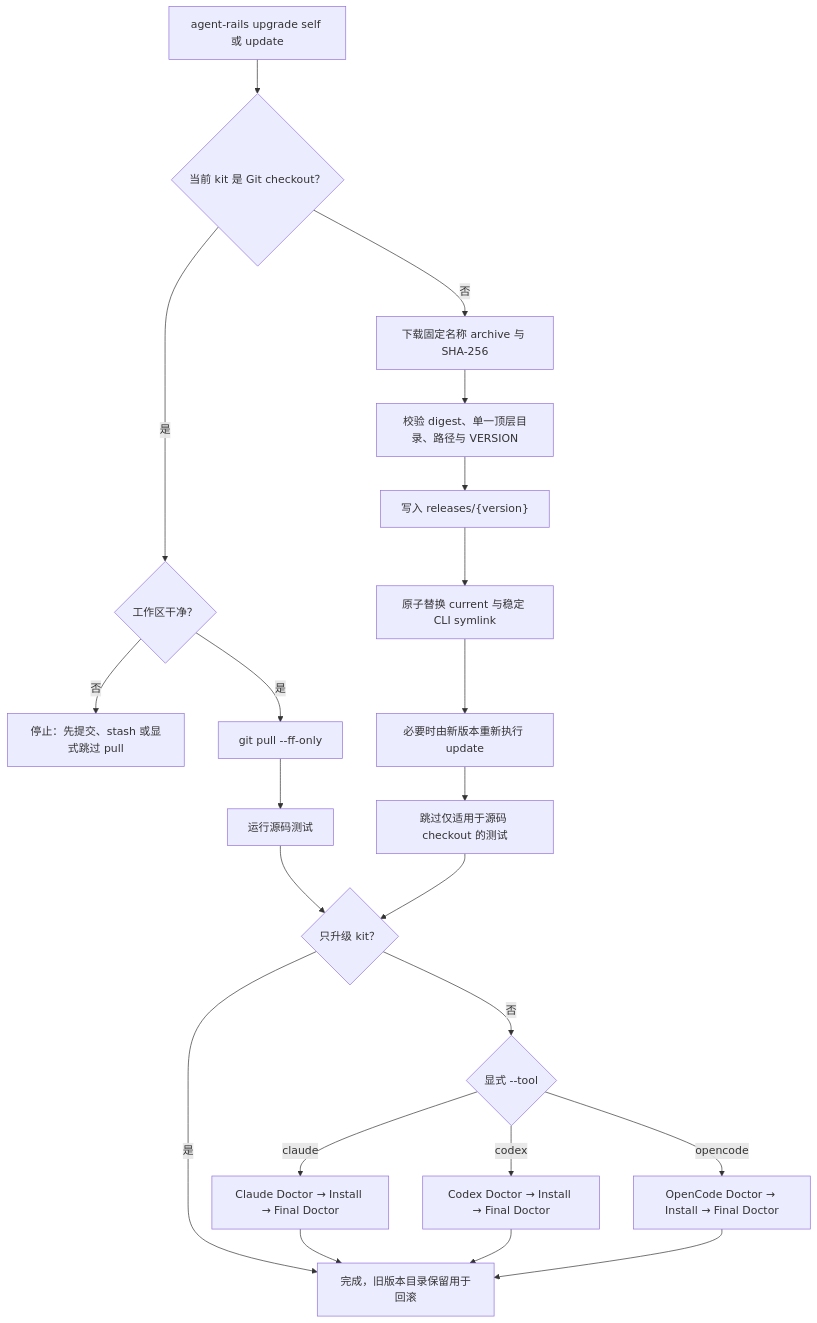
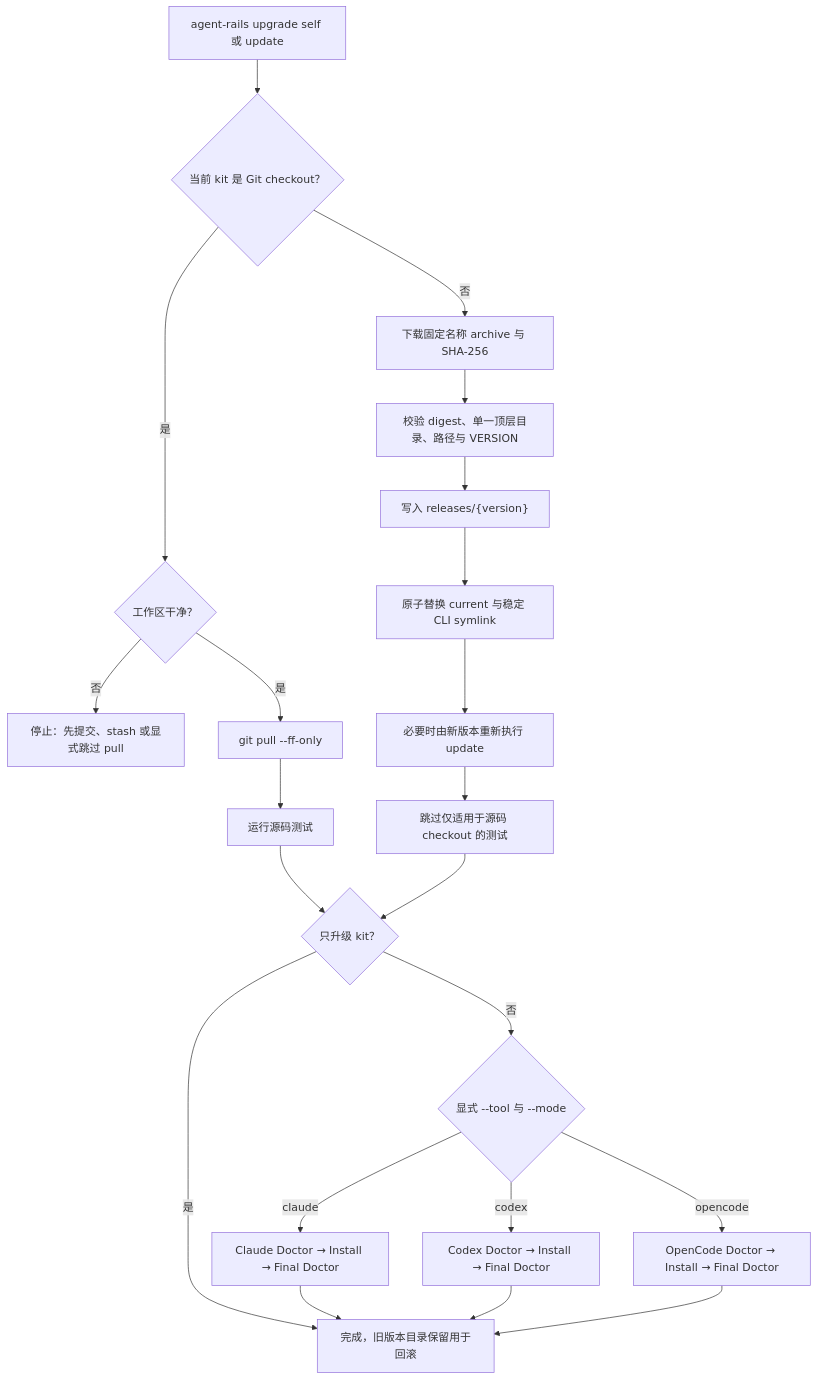
Before and after one commit to 948462448/agent-rails: the seventh of 7 diagrams in docs/how-agent-rails-works.zh-CN.md, drawn with Mermaid. The commit also changed other lines of this file and 29 other files, not shown here.

````diff
--- a/docs/how-agent-rails-works.zh-CN.md
+++ b/docs/how-agent-rails-works.zh-CN.md
@@ -190,26 +192,26 @@
 ```mermaid
 flowchart TD
     UPDATE["agent-rails upgrade self 或 update"] --> SOURCE{"当前 kit 是 Git checkout？"}
     SOURCE -->|是| CLEAN{"工作区干净？"}
     CLEAN -->|否| STOP_GIT["停止：先提交、stash 或显式跳过 pull"]
     CLEAN -->|是| PULL["git pull --ff-only"]
 
     SOURCE -->|否| DOWNLOAD["下载固定名称 archive 与 SHA-256"]
     DOWNLOAD --> VERIFY["校验 digest、单一顶层目录、路径与 VERSION"]
     VERIFY --> STAGE["写入 releases/{version}"]
     STAGE --> SWITCH["原子替换 current 与稳定 CLI symlink"]
     SWITCH --> REEXEC["必要时由新版本重新执行 update"]
 
     PULL --> TESTS["运行源码测试"]
     REEXEC --> SKIP_TESTS["跳过仅适用于源码 checkout 的测试"]
     TESTS --> SELF{"只升级 kit？"}
     SKIP_TESTS --> SELF
     SELF -->|是| DONE["完成，旧版本目录保留用于回滚"]
-    SELF -->|否| TOOL{"显式 --tool"}
+    SELF -->|否| TOOL{"显式 --tool 与 --mode"}
     TOOL -->|claude| CLAUDE["Claude Doctor → Install → Final Doctor"]
     TOOL -->|codex| CODEX["Codex Doctor → Install → Final Doctor"]
     TOOL -->|opencode| OPENCODE["OpenCode Doctor → Install → Final Doctor"]
     CLAUDE --> DONE
     CODEX --> DONE
     OPENCODE --> DONE
 ```
````
